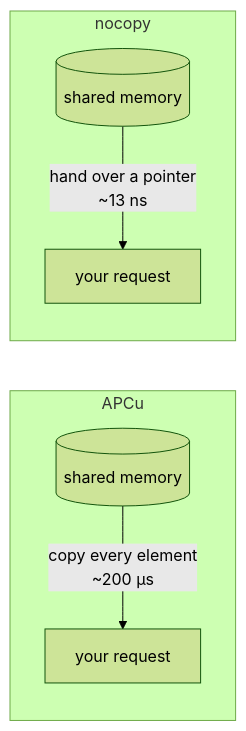
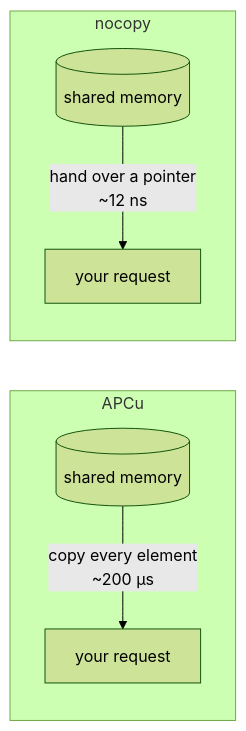
Before and after one commit to chrfritsch/nocopy: the diagram in README.md, drawn with Mermaid (forest theme). The commit also changed other lines of this file and 59 other files, not shown here.

````diff
--- a/README.md
+++ b/README.md
@@ -31,9 +31,9 @@
 ```mermaid
 flowchart LR
     subgraph APCu
         A1[(shared memory)] -- "copy every element<br/>~200 µs" --> A2[your request]
     end
     subgraph nocopy
-        N1[(shared memory)] -- "hand over a pointer<br/>~13 ns" --> N2[your request]
+        N1[(shared memory)] -- "hand over a pointer<br/>~12 ns" --> N2[your request]
     end
 ```
````
